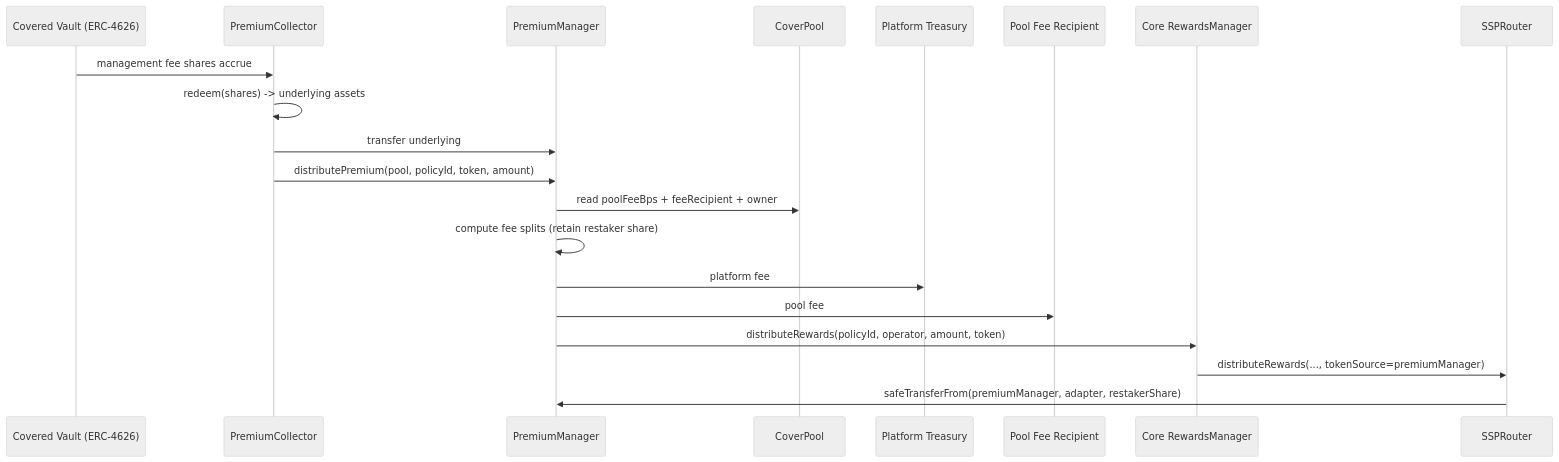
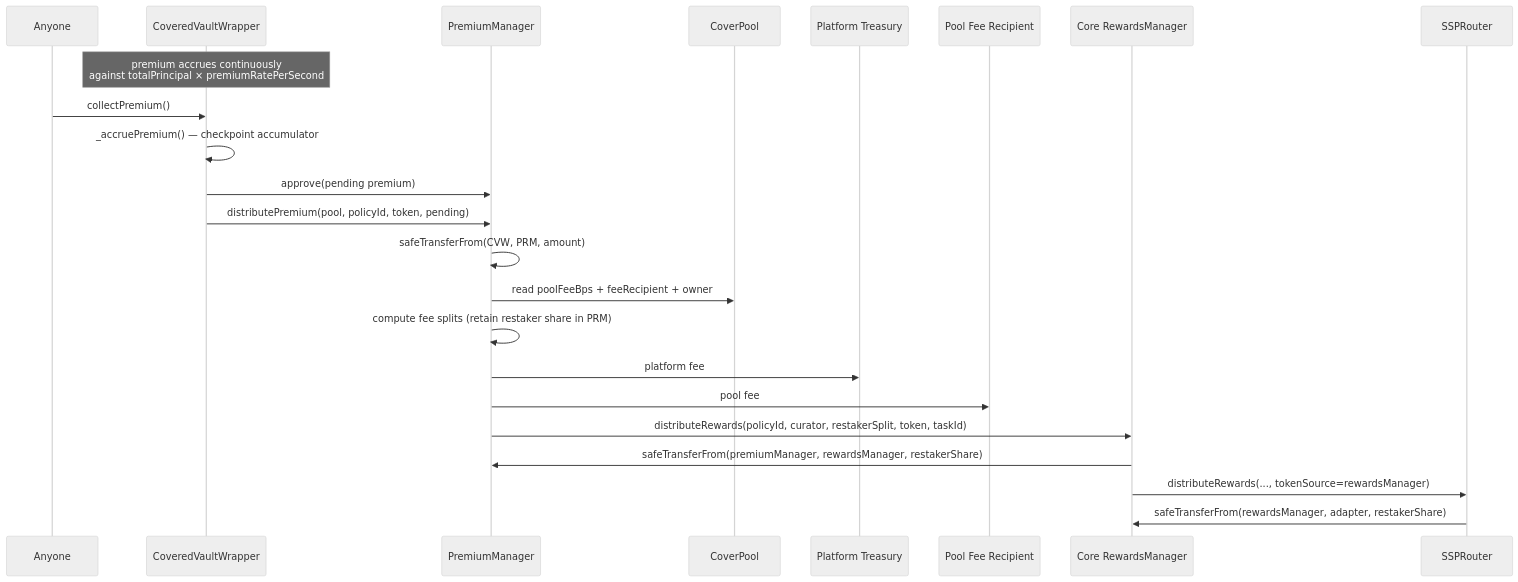
One commit to 0xcatalysis/coverage changed the second of 5 diagrams in docs/architecture/06-premiums-claims.md. Above: the diagram before and after it, drawn with Mermaid (neutral theme). The commit also changed other lines of this file and 22 other files, not shown here.

First line of the commit message:
Align testing flows (#78)

````diff
--- a/docs/architecture/06-premiums-claims.md
+++ b/docs/architecture/06-premiums-claims.md
@@ -60,23 +57,26 @@
 ```mermaid
 sequenceDiagram
-    participant Vault as Covered Vault (ERC-4626)
-    participant PC as PremiumCollector
+    participant Anyone
+    participant CVW as CoveredVaultWrapper
     participant PRM as PremiumManager
     participant Pool as CoverPool
     participant Treasury as Platform Treasury
     participant PoolRecipient as Pool Fee Recipient
     participant RM as Core RewardsManager
     participant SSP as SSPRouter
 
-    Vault->>PC: management fee shares accrue
-    PC->>PC: redeem(shares) -> underlying assets
-    PC->>PRM: transfer underlying
-    PC->>PRM: distributePremium(pool, policyId, token, amount)
+    Note over CVW: premium accrues continuously<br/>against totalPrincipal × premiumRatePerSecond
+    Anyone->>CVW: collectPremium()
+    CVW->>CVW: _accruePremium() — checkpoint accumulator
+    CVW->>PRM: approve(pending premium)
+    CVW->>PRM: distributePremium(pool, policyId, token, pending)
+    PRM->>PRM: safeTransferFrom(CVW, PRM, amount)
     PRM->>Pool: read poolFeeBps + feeRecipient + owner
-    PRM->>PRM: compute fee splits (retain restaker share)
+    PRM->>PRM: compute fee splits (retain restaker share in PRM)
     PRM->>Treasury: platform fee
     PRM->>PoolRecipient: pool fee
-    PRM->>RM: distributeRewards(policyId, operator, amount, token)
-    RM->>SSP: distributeRewards(..., tokenSource=premiumManager)
-    SSP->>PRM: safeTransferFrom(premiumManager, adapter, restakerShare)
+    PRM->>RM: distributeRewards(policyId, curator, restakerSplit, token, taskId)
+    RM->>PRM: safeTransferFrom(premiumManager, rewardsManager, restakerShare)
+    RM->>SSP: distributeRewards(..., tokenSource=rewardsManager)
+    SSP->>RM: safeTransferFrom(rewardsManager, adapter, restakerShare)
 ```
````
